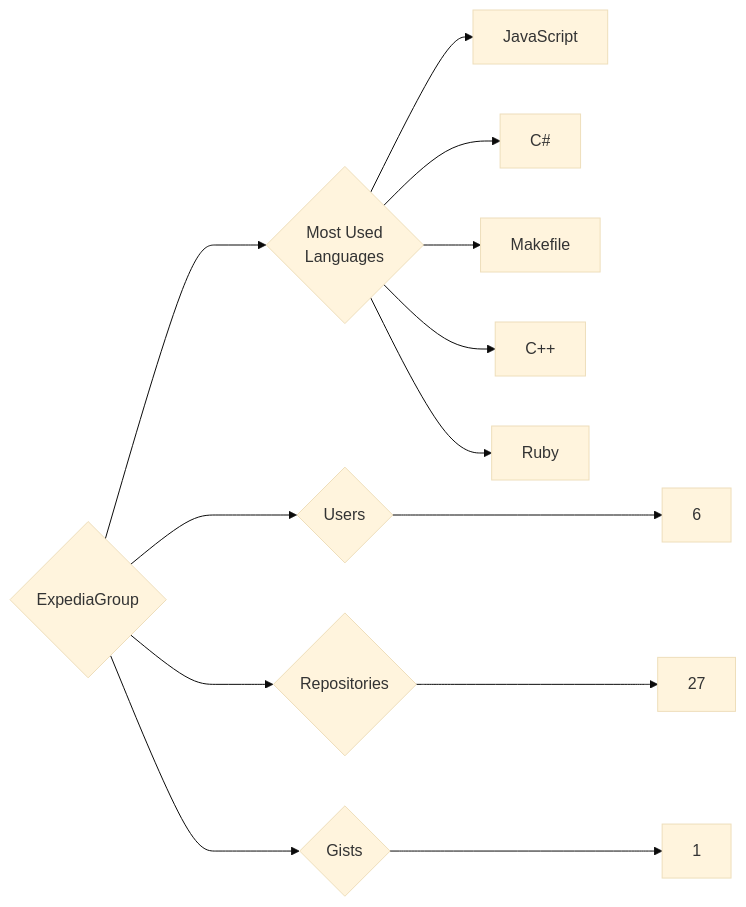
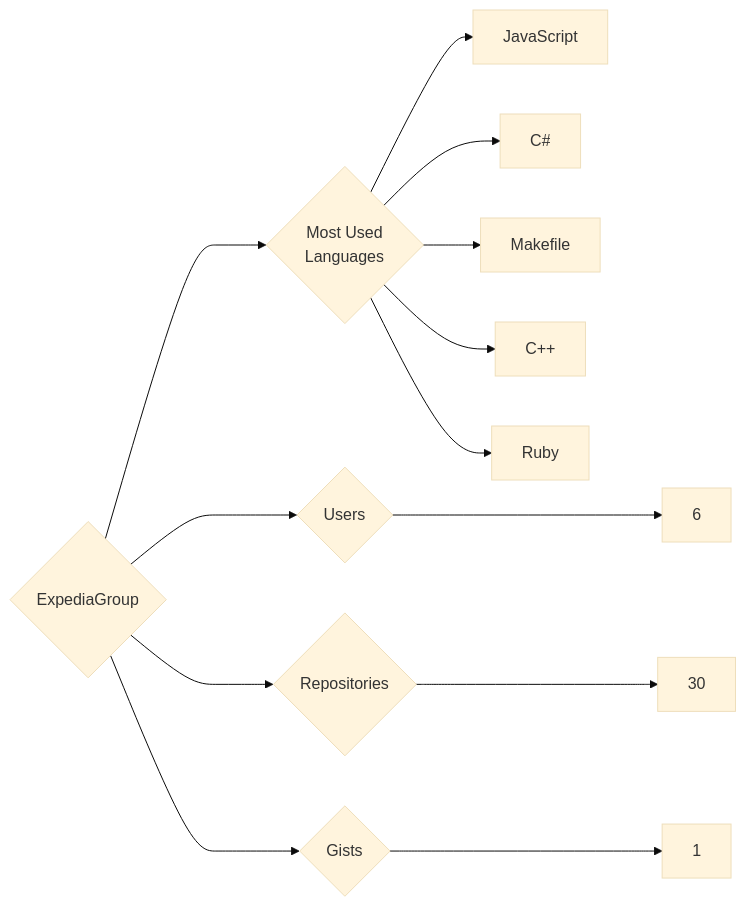
Before and after one commit to trickest/insiders: the diagram in targets/ExpediaGroup/README.md, drawn with Mermaid (base theme). The commit also changed 1055 other files, not shown here.

````diff
--- a/targets/ExpediaGroup/README.md
+++ b/targets/ExpediaGroup/README.md
@@ -3,13 +3,13 @@
 ```mermaid
 graph LR
 COMPANY_NAME{ExpediaGroup}
 COMPANY_NAME ---> U{Users} ---> UN[6]
-COMPANY_NAME ---> R{Repositories} ---> RN[27]
+COMPANY_NAME ---> R{Repositories} ---> RN[30]
 COMPANY_NAME ---> G{Gists} ---> GN[1]
 COMPANY_NAME ---> ML{Most Used<br>Languages}
 ML --> JavaScript[JavaScript]
 ML --> C#[C#]
 ML --> Makefile[Makefile]
 ML --> C++[C++]
 ML --> Ruby[Ruby]
 ```
````
